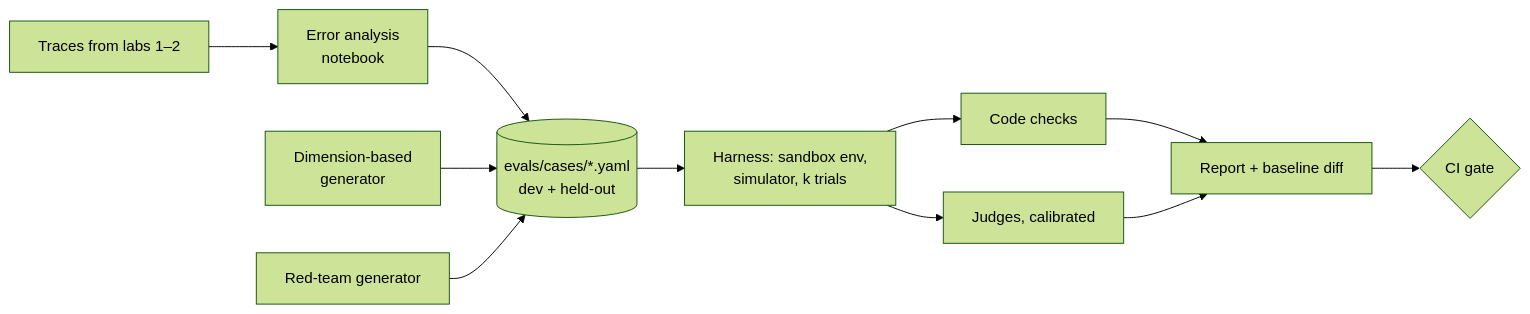
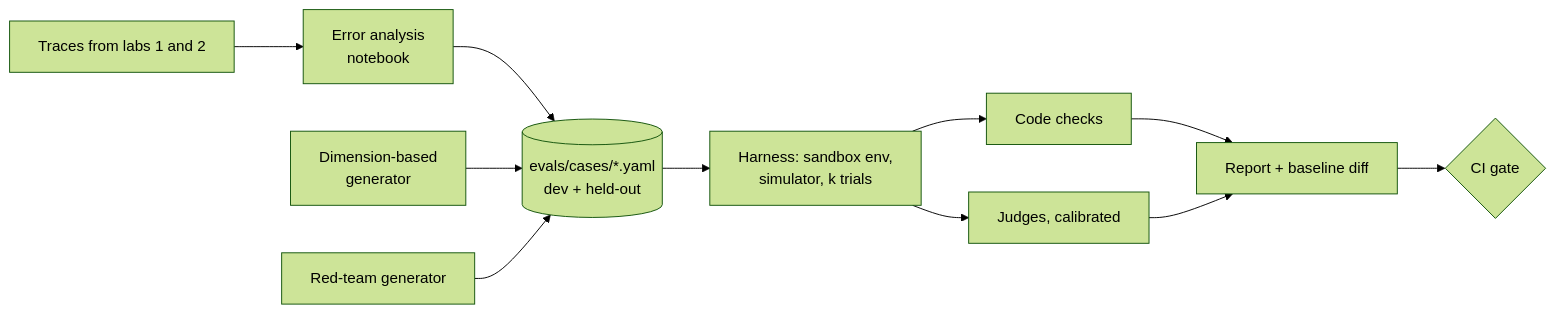
One commit to Rachneet/ai-system-design-course changed the diagram in content/03-05-lab.md. Above: the diagram before and after it, drawn with Mermaid (forest theme). The commit also changed 11 other files, not shown here.

````diff
--- a/content/03-05-lab.md
+++ b/content/03-05-lab.md
@@ -14,12 +14,12 @@
 ```mermaid
 flowchart LR
-  TR[Traces from labs 1–2] --> EA[Error analysis<br/>notebook]
+  TR[Traces from labs 1 and 2] --> EA[Error analysis<br/>notebook]
   EA --> DS[(evals/cases/*.yaml<br/>dev + held-out)]
   GEN[Dimension-based<br/>generator] --> DS
   RT[Red-team generator] --> DS
   DS --> H[Harness: sandbox env,<br/>simulator, k trials]
   H --> CK[Code checks]
   H --> JG[Judges, calibrated]
   CK & JG --> RP[Report + baseline diff]
   RP --> GATE{CI gate}
 ```
````
